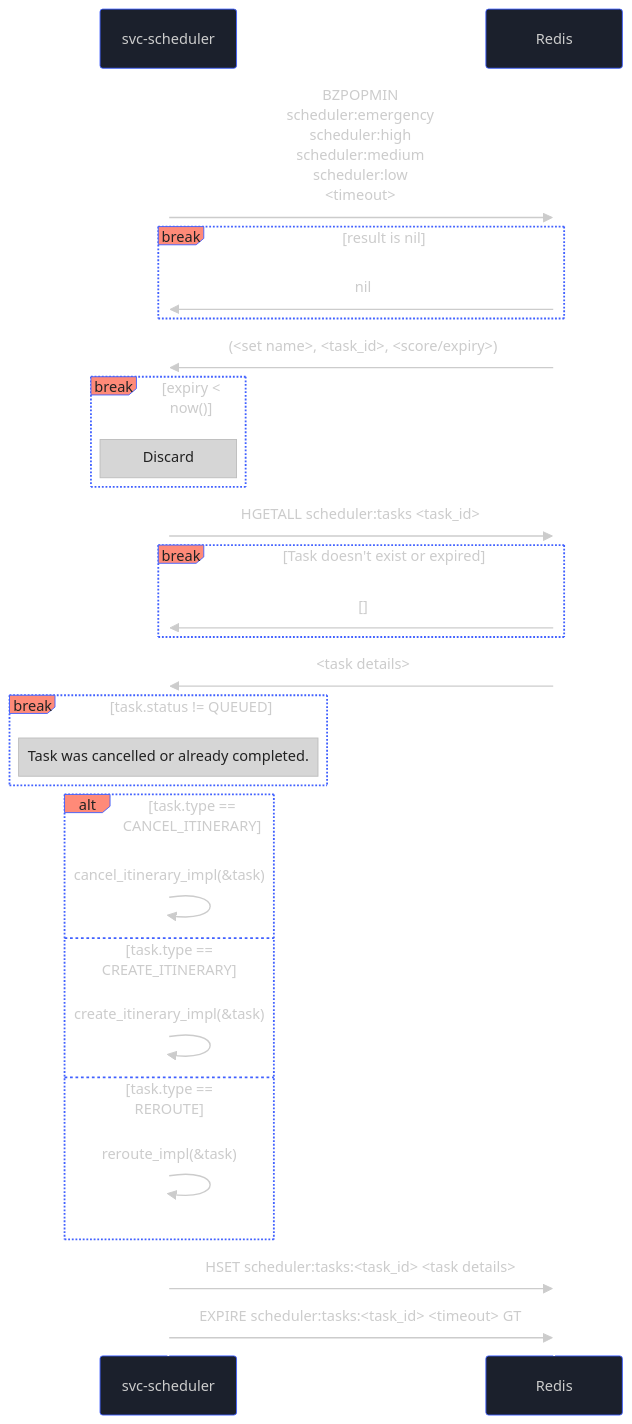
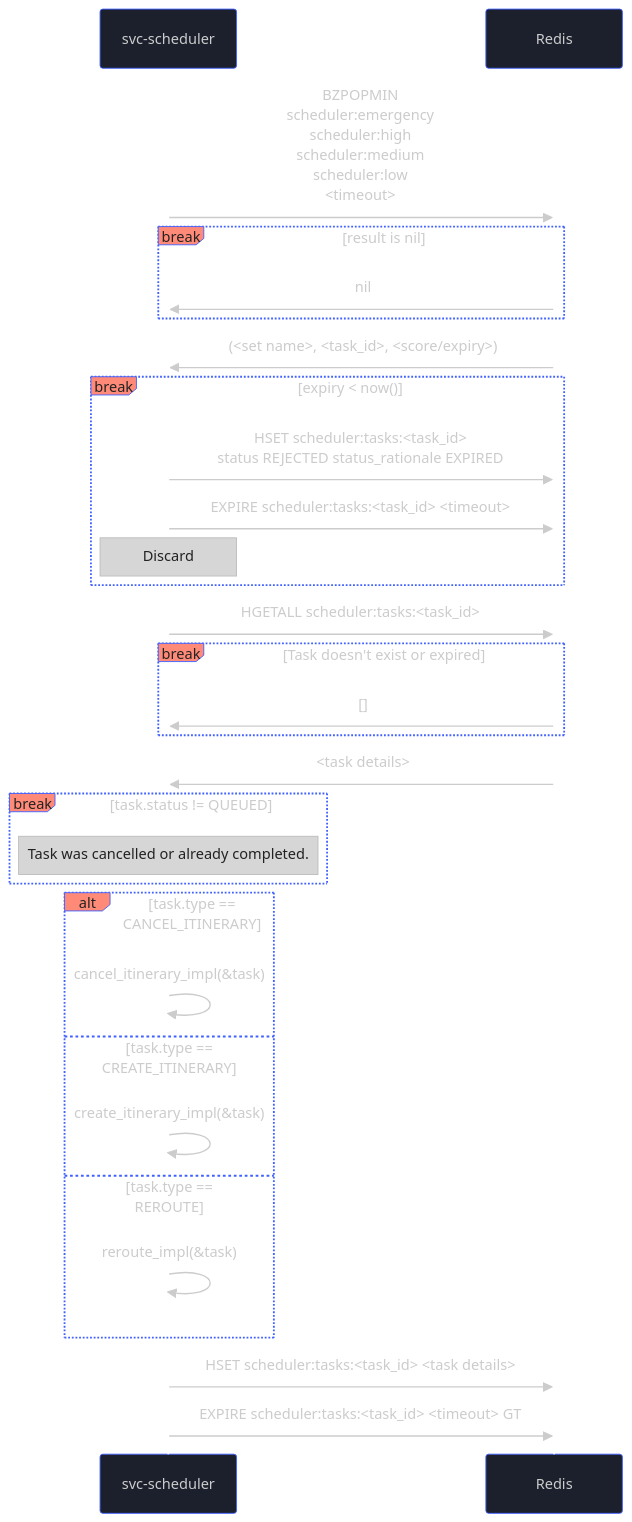
Before and after one commit to aetheric-oss/svc-scheduler: the first of 9 diagrams in docs/sdd.md, drawn with Mermaid. The commit also changed other lines of this file and 36 other files, not shown here.

````diff
--- a/docs/sdd.md
+++ b/docs/sdd.md
@@ -104,54 +103,56 @@
 ```mermaid
 %%{
   init: {
     'theme': 'base',
     'themeVariables': {
       'primaryColor': '#1B202C',
       'primaryBorderColor': '#4060FF',
       'primaryTextColor': '#CCC',
       'actorLineColor': '#fff',
       'labelBoxBkgColor': '#FF8A78',
       'labelTextColor': '#222',
       'sequenceNumberColor': '#1B202C',
       'noteBkgColor': '#D6D6D6',
       'noteTextColor': '#222',
       'activationBkgColor': '#FF8A78'
     }
   }
 }%%
 sequenceDiagram
     participant scheduler as svc-scheduler
     participant redis as Redis
 
     scheduler->>redis: BZPOPMIN<br>scheduler:emergency<br>scheduler:high<br>scheduler:medium<br>scheduler:low<br><timeout>
 
     break result is nil
       redis->>scheduler: nil
     end
     
     redis->>scheduler: (<set name>, <task_id>, <score/expiry>)
     break expiry < now()
+      scheduler->>redis: HSET scheduler:tasks:<task_id><br>status REJECTED status_rationale EXPIRED
+      scheduler->>redis: EXPIRE scheduler:tasks:<task_id> <timeout>
       Note over scheduler: Discard
     end
 
-    scheduler->>redis: HGETALL scheduler:tasks <task_id>
+    scheduler->>redis: HGETALL scheduler:tasks:<task_id>
     break Task doesn't exist or expired
       redis->>scheduler: []
     end
 
     redis->>scheduler: <task details>
     break task.status != QUEUED
       Note over scheduler: Task was cancelled or already completed.
     end
 
     alt task.type == CANCEL_ITINERARY
         scheduler->>scheduler: cancel_itinerary_impl(&task)
     else task.type == CREATE_ITINERARY
         scheduler->>scheduler: create_itinerary_impl(&task)
     else task.type == REROUTE
         scheduler->>scheduler: reroute_impl(&task)
     end
 
     scheduler->>redis: HSET scheduler:tasks:<task_id> <task details>
     scheduler->>redis: EXPIRE scheduler:tasks:<task_id> <timeout> GT
 ```
````
